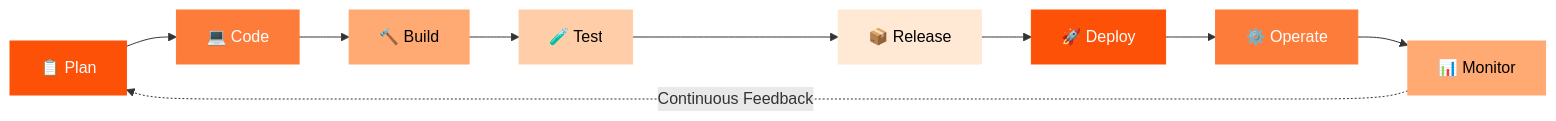
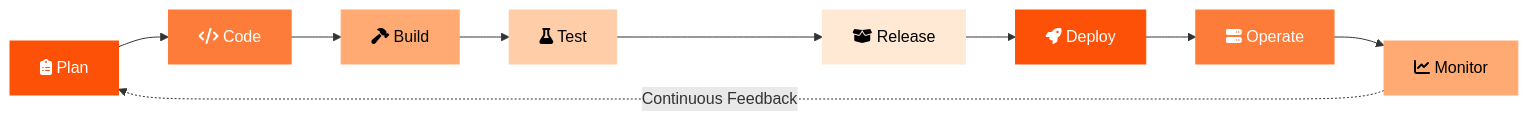
Before and after one commit to 12shubham/mkdocs-demo: the first of 2 diagrams in docs/index.md, drawn with Mermaid. The commit also changed 8 other files, not shown here.

Commit message:
refactor: replace all emoji with fa: icons in Mermaid diagrams

````diff
--- a/docs/index.md
+++ b/docs/index.md
@@ -26,29 +26,29 @@
 ```mermaid
 graph LR
-    PLAN["📋 Plan"]
-    CODE["💻 Code"]
-    BUILD["🔨 Build"]
-    TEST["🧪 Test"]
-    RELEASE["📦 Release"]
-    DEPLOY["🚀 Deploy"]
-    OPERATE["⚙️ Operate"]
-    MONITOR["📊 Monitor"]
+    PLAN["fa:fa-clipboard-list Plan"]
+    CODE["fa:fa-code Code"]
+    BUILD["fa:fa-hammer Build"]
+    TEST["fa:fa-flask Test"]
+    RELEASE["fa:fa-box-open Release"]
+    DEPLOY["fa:fa-rocket Deploy"]
+    OPERATE["fa:fa-server Operate"]
+    MONITOR["fa:fa-chart-line Monitor"]
 
     PLAN    --> CODE
     CODE    --> BUILD
     BUILD   --> TEST
     TEST    --> RELEASE
     RELEASE --> DEPLOY
     DEPLOY  --> OPERATE
     OPERATE --> MONITOR
     MONITOR -.->|Continuous Feedback| PLAN
 
     style PLAN    fill:#FD5108,stroke:#FD5108,color:#fff
     style CODE    fill:#FE7C39,stroke:#FE7C39,color:#fff
     style BUILD   fill:#FFAA72,stroke:#FFAA72,color:#000
     style TEST    fill:#FFCDA8,stroke:#FFCDA8,color:#000
     style RELEASE fill:#FFE8D4,stroke:#FFE8D4,color:#000
     style DEPLOY  fill:#FD5108,stroke:#FD5108,color:#fff
     style OPERATE fill:#FE7C39,stroke:#FE7C39,color:#fff
     style MONITOR fill:#FFAA72,stroke:#FFAA72,color:#000
 ```
````
